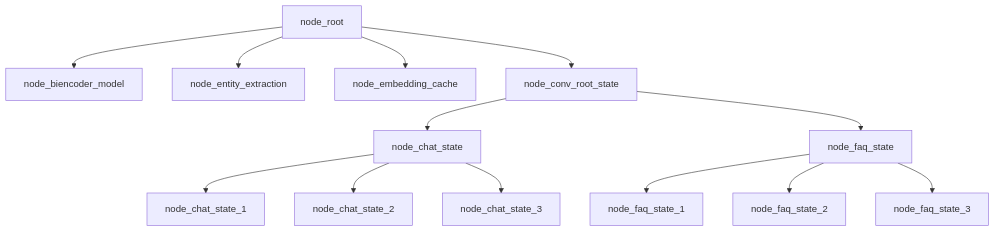
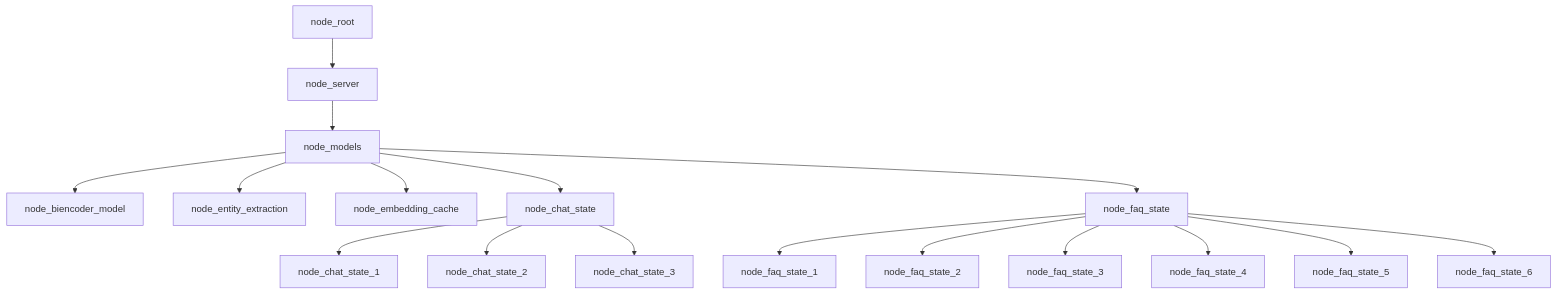
The diagram in moreREADME/chat-graph-jac.md (WrappedUsername/apexmite-jac), drawn with Mermaid before and after one commit. The commit also changed other lines of this file and 15 other files, not shown here.

````diff
--- a/moreREADME/chat-graph-jac.md
+++ b/moreREADME/chat-graph-jac.md
@@ -3,15 +3,19 @@
 ```mermaid
 graph TD;
-    node_root-->node_biencoder_model
-    node_root-->node_entity_extraction
-    node_root-->node_embedding_cache
-    node_root-->node_conv_root_state
-    node_conv_root_state-->node_chat_state
+    node_root-->node_server
+    node_server-->node_models
+    node_models-->node_biencoder_model
+    node_models-->node_entity_extraction
+    node_models-->node_embedding_cache
+    node_models-->node_chat_state
     node_chat_state-->node_chat_state_1
     node_chat_state-->node_chat_state_2
     node_chat_state-->node_chat_state_3
-    node_conv_root_state-->node_faq_state
+    node_models-->node_faq_state
     node_faq_state-->node_faq_state_1
     node_faq_state-->node_faq_state_2
     node_faq_state-->node_faq_state_3
+    node_faq_state-->node_faq_state_4
+    node_faq_state-->node_faq_state_5
+    node_faq_state-->node_faq_state_6
 ```
````
